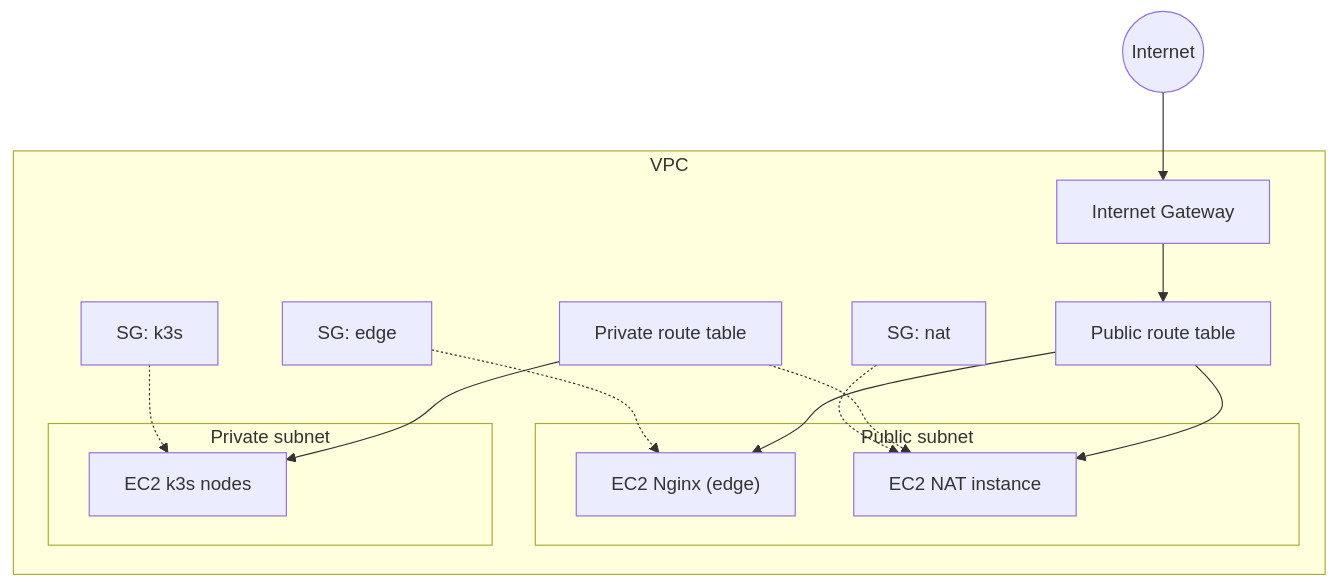
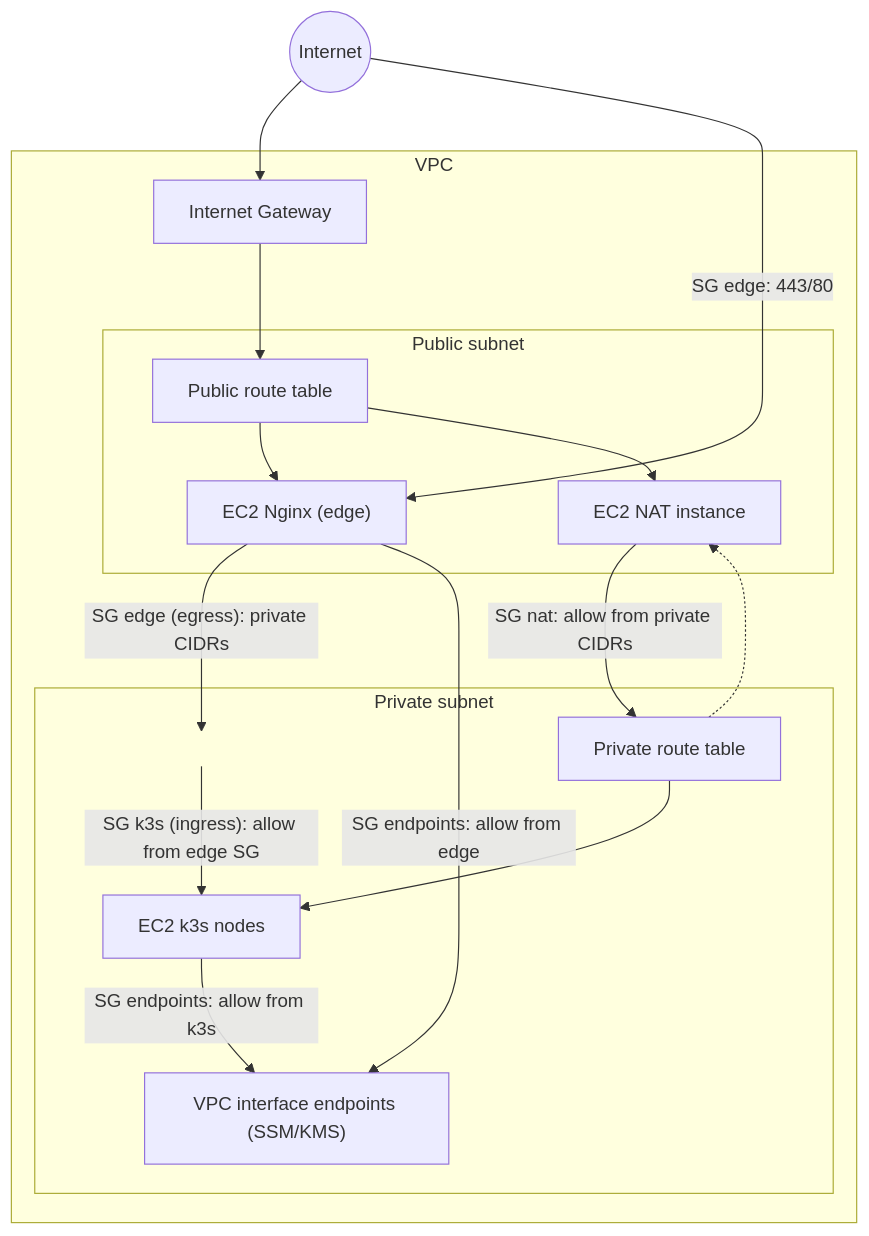
The second of 2 diagrams in docs/architecture/infrastructure.md (ClementV78/CloudRadar), drawn with Mermaid before and after one commit. The commit also changed other lines of this file and 26 other files, not shown here.

````diff
--- a/docs/architecture/infrastructure.md
+++ b/docs/architecture/infrastructure.md
@@ -33,35 +33,37 @@
 ```mermaid
 flowchart TB
   internet((Internet))
 
   subgraph VPC["VPC"]
     igw["Internet Gateway"]
 
     subgraph Public["Public subnet"]
+      publicRT["Public route table"]
       edge["EC2 Nginx (edge)"]
       nat["EC2 NAT instance"]
     end
 
     subgraph Private["Private subnet"]
+      privateRT["Private route table"]
       k3s["EC2 k3s nodes"]
+      ssmEndpoints["VPC interface endpoints (SSM/KMS)"]
+      edgeToK3s[" "]
     end
-
-    publicRT["Public route table"]
-    privateRT["Private route table"]
-
-    edgeSG["SG: edge"]
-    natSG["SG: nat"]
-    k3sSG["SG: k3s"]
   end
 
   internet --> igw
   igw --> publicRT
   publicRT --> edge
   publicRT --> nat
   privateRT --> k3s
   privateRT -.-> nat
 
-  edgeSG -.-> edge
-  natSG -.-> nat
-  k3sSG -.-> k3s
+  internet -- "SG edge: 443/80" --> edge
+  edge -- "SG edge (egress): private CIDRs" --> edgeToK3s
+  edgeToK3s -- "SG k3s (ingress): allow from edge SG" --> k3s
+  edge -- "SG endpoints: allow from edge" --> ssmEndpoints
+  k3s -- "SG endpoints: allow from k3s" --> ssmEndpoints
+  nat -- "SG nat: allow from private CIDRs" --> privateRT
+
+  style edgeToK3s fill:transparent,stroke:transparent,stroke-width:0px;
 ```
````
